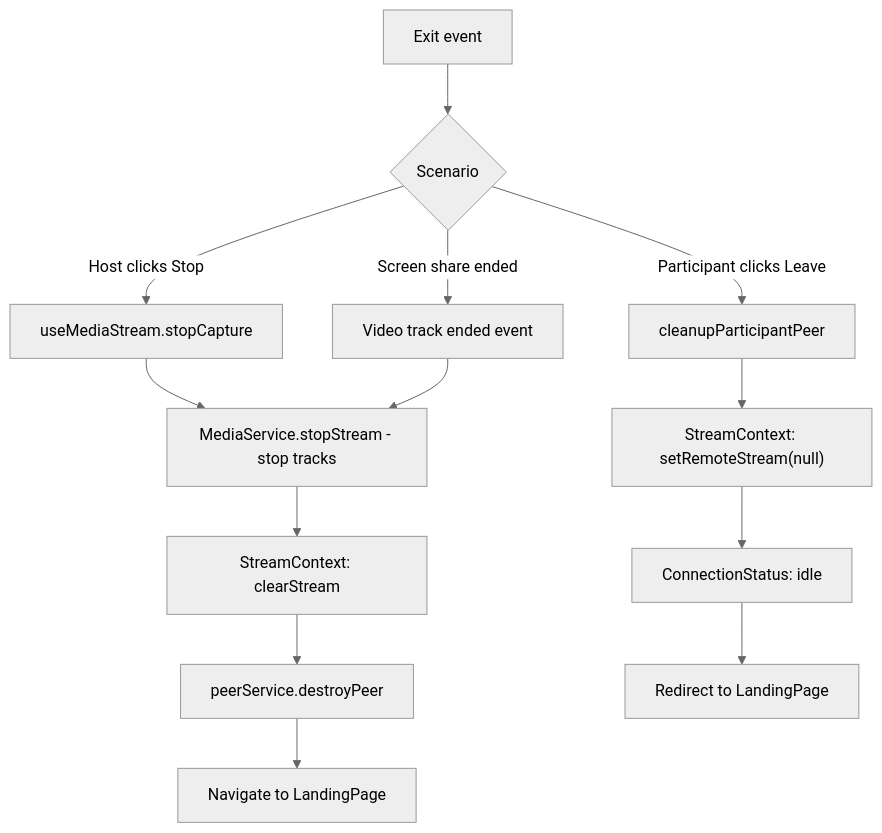
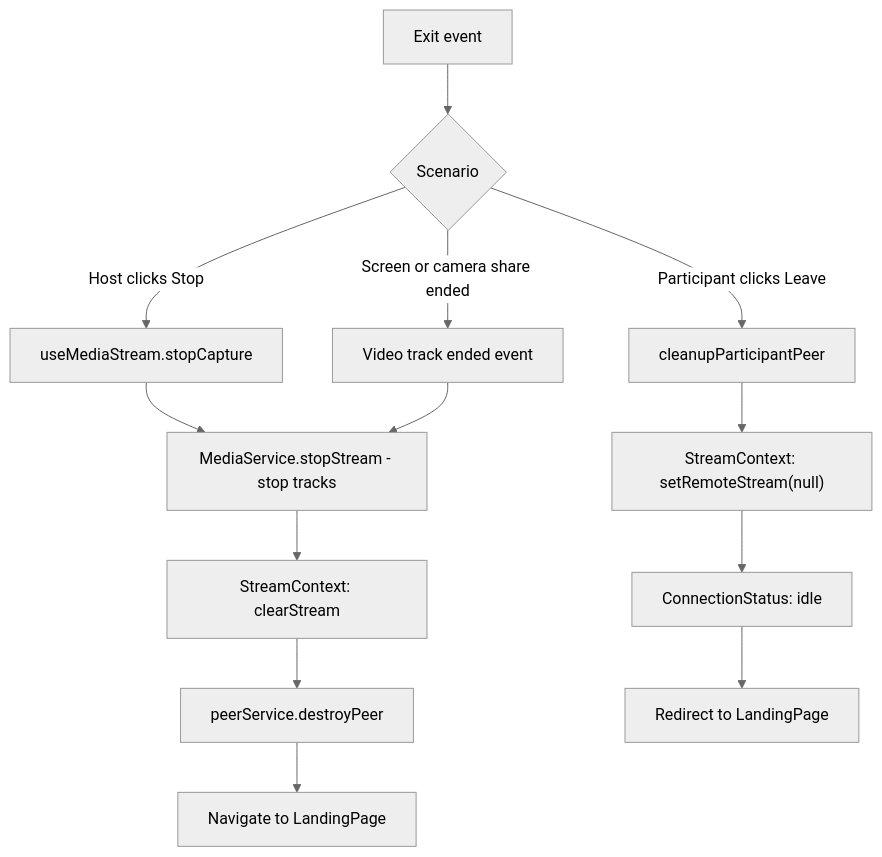
One commit to BackGwa/Perspective changed the ninth of 9 diagrams in ARCHITECTURE.md. Above: the diagram before and after it, drawn with Mermaid (neutral theme). The commit also changed 3 other files, not shown here.

````diff
--- a/ARCHITECTURE.md
+++ b/ARCHITECTURE.md
@@ -206,17 +206,17 @@
 ```mermaid
 flowchart TD
     A[Exit event] --> B{Scenario}
     B -->|Host clicks Stop| C[useMediaStream.stopCapture]
     C --> D["MediaService.stopStream - stop tracks"]
     D --> E[StreamContext: clearStream]
     E --> F[peerService.destroyPeer]
     F --> G[Navigate to LandingPage]
 
     B -->|Participant clicks Leave| H[cleanupParticipantPeer]
     H --> I["StreamContext: setRemoteStream(null)"]
     I --> J["ConnectionStatus: idle"]
     J --> K[Redirect to LandingPage]
 
-    B -->|Screen share ended| L[Video track ended event]
+    B -->|Screen or camera share ended| L[Video track ended event]
     L --> D
 ```
````
